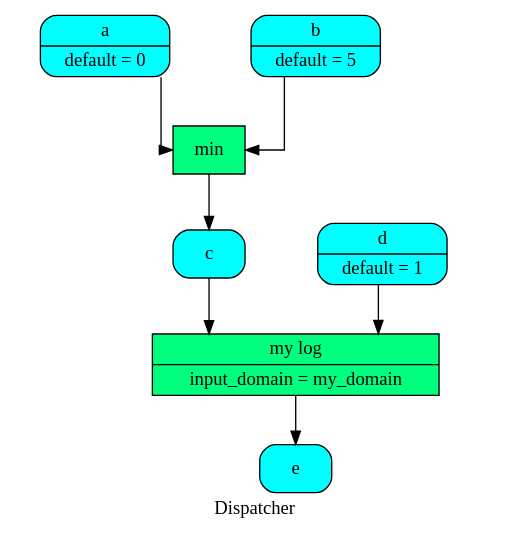
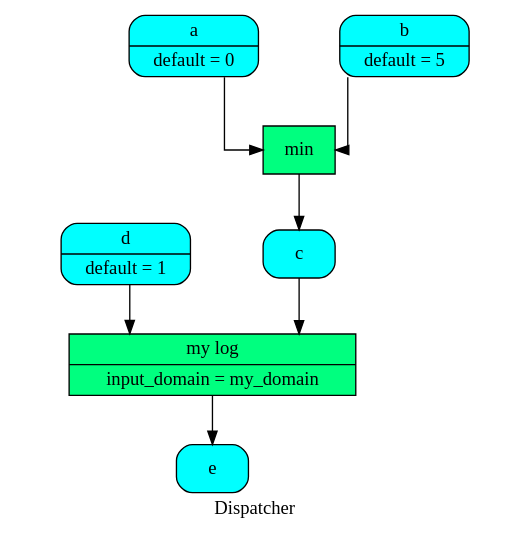
The diagram in doc/dispatcher/__init__/dispatch/dsp.dot (vinci1it2000/schedula), drawn with Graphviz before and after one commit. The commit also changed 27 other files, not shown here.

```diff
--- a/doc/dispatcher/__init__/dispatch/dsp.dot
+++ b/doc/dispatcher/__init__/dispatch/dsp.dot
@@ -1,19 +1,19 @@
 digraph Dispatcher {
 	graph [ratio=1]
 	node [style=filled]
 	label = "Dispatcher"
 	splines = ortho
-		Dispatcher_5285838715725610368 [label="{ a | default = 0 }" fillcolor=cyan shape=Mrecord]
-		"Dispatcher_-7738548223649038923" [label="{ my log | input_domain = my_domain }" fillcolor=springgreen shape=record]
-		"Dispatcher_-4776872530784439559" [label="{ d | default = 1 }" fillcolor=cyan shape=Mrecord]
-		Dispatcher_842756815190668186 [label="{ b | default = 5 }" fillcolor=cyan shape=Mrecord]
-		"Dispatcher_-2964974125178634454" [label="{ min  }" fillcolor=springgreen shape=record]
-		"Dispatcher_-4298380249762582082" [label="{ e  }" fillcolor=cyan shape=Mrecord]
-		"Dispatcher_-1283898629557077595" [label="{ c  }" fillcolor=cyan shape=Mrecord]
-			Dispatcher_5285838715725610368 -> "Dispatcher_-2964974125178634454"
-			"Dispatcher_-7738548223649038923" -> "Dispatcher_-4298380249762582082"
-			"Dispatcher_-4776872530784439559" -> "Dispatcher_-7738548223649038923"
-			Dispatcher_842756815190668186 -> "Dispatcher_-2964974125178634454"
-			"Dispatcher_-2964974125178634454" -> "Dispatcher_-1283898629557077595"
-			"Dispatcher_-1283898629557077595" -> "Dispatcher_-7738548223649038923"
+		"Dispatcher_-3560345689608233296" [label="{ c  }" fillcolor=cyan shape=Mrecord]
+		"Dispatcher_-35248632753272255" [label="{ a | default = 0 }" fillcolor=cyan shape=Mrecord]
+		"Dispatcher_-1733153557414316222" [label="{ min  }" fillcolor=springgreen shape=record]
+		Dispatcher_7013945756095428979 [label="{ e  }" fillcolor=cyan shape=Mrecord]
+		"Dispatcher_-8801974575710628490" [label="{ b | default = 5 }" fillcolor=cyan shape=Mrecord]
+		Dispatcher_985067958589133001 [label="{ my log | input_domain = my_domain }" fillcolor=springgreen shape=record]
+		"Dispatcher_-7355484794926520005" [label="{ d | default = 1 }" fillcolor=cyan shape=Mrecord]
+			"Dispatcher_-3560345689608233296" -> Dispatcher_985067958589133001
+			"Dispatcher_-35248632753272255" -> "Dispatcher_-1733153557414316222"
+			"Dispatcher_-1733153557414316222" -> "Dispatcher_-3560345689608233296"
+			"Dispatcher_-8801974575710628490" -> "Dispatcher_-1733153557414316222"
+			Dispatcher_985067958589133001 -> Dispatcher_7013945756095428979
+			"Dispatcher_-7355484794926520005" -> Dispatcher_985067958589133001
 }
```
